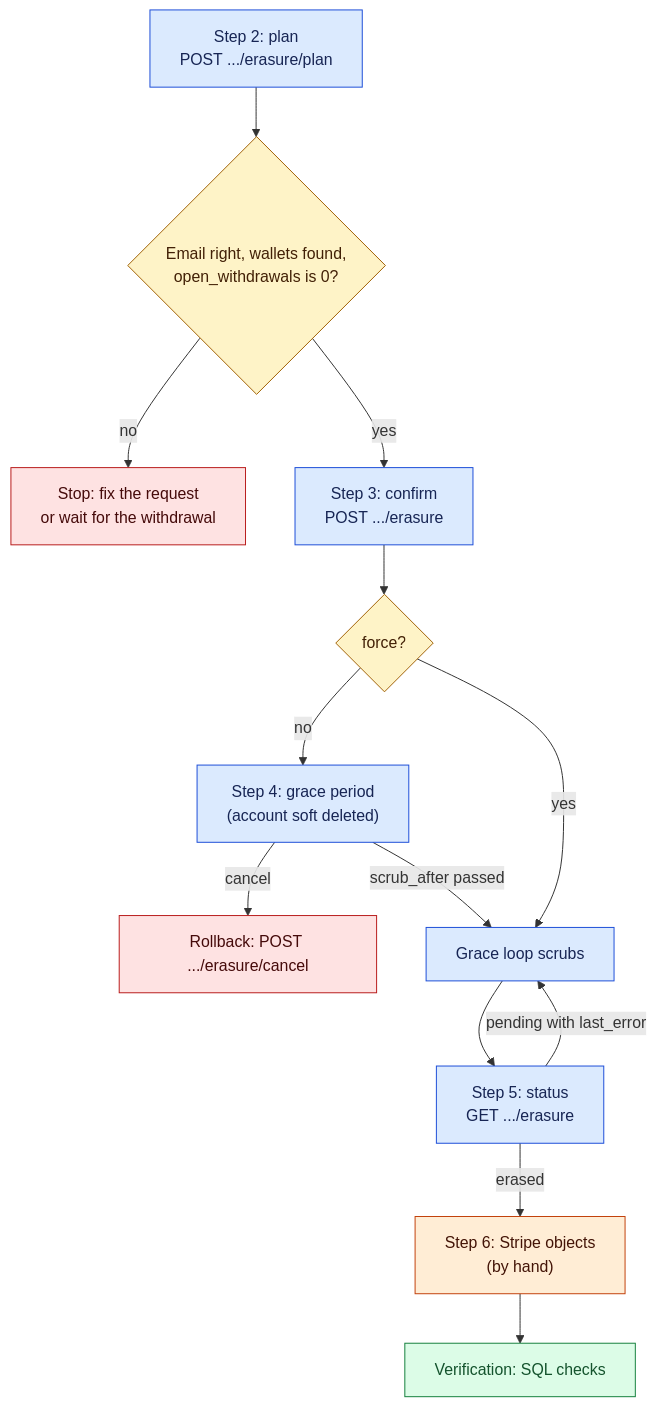
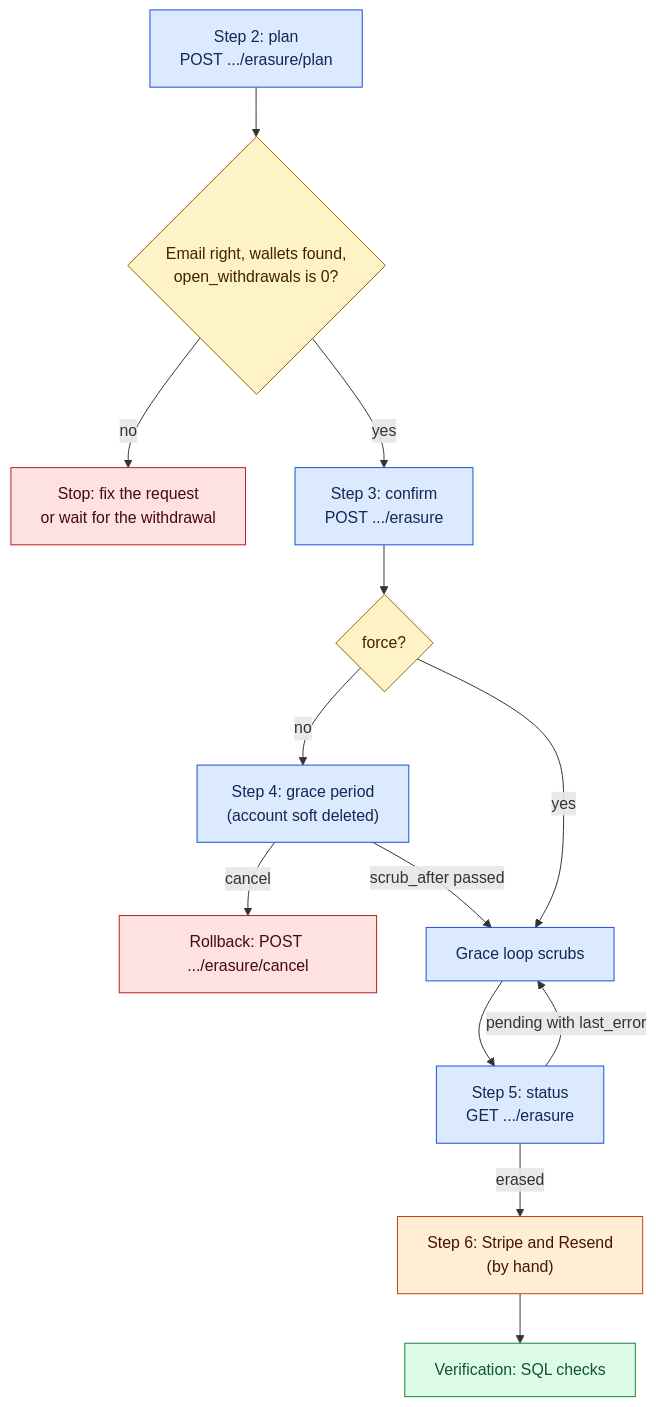
Before and after one commit to Layr-Labs/d-inference: the diagram in docs/operations/account-erasure.md, drawn with Mermaid. The commit also changed other lines of this file and 23 other files, not shown here.

Commit message:
fix(erasure): retain Resend cleanup and refuse erased referral rewards

````diff
--- a/docs/operations/account-erasure.md
+++ b/docs/operations/account-erasure.md
@@ -24,21 +24,21 @@
 ```mermaid
 flowchart TD
   classDef step fill:#dbeafe,stroke:#1d4ed8,color:#172554
   classDef gate fill:#fef3c7,stroke:#a16207,color:#422006
   classDef done fill:#dcfce7,stroke:#15803d,color:#14532d
   classDef stop fill:#fee2e2,stroke:#b91c1c,color:#450a0a
   classDef ext fill:#ffedd5,stroke:#c2410c,color:#431407
 
   P["Step 2: plan<br/>POST .../erasure/plan"]:::step --> Q{"Email right, wallets found,<br/>open_withdrawals is 0?"}:::gate
   Q -- "no" --> S["Stop: fix the request<br/>or wait for the withdrawal"]:::stop
   Q -- "yes" --> C["Step 3: confirm<br/>POST .../erasure"]:::step
   C --> F{"force?"}:::gate
   F -- "no" --> G["Step 4: grace period<br/>(account soft deleted)"]:::step
   G -- "cancel" --> R["Rollback: POST .../erasure/cancel"]:::stop
   G -- "scrub_after passed" --> L["Grace loop scrubs"]:::step
   F -- "yes" --> L
   L --> T["Step 5: status<br/>GET .../erasure"]:::step
   T -- "pending with last_error" --> L
-  T -- "erased" --> X["Step 6: Stripe objects<br/>(by hand)"]:::ext
+  T -- "erased" --> X["Step 6: Stripe and Resend<br/>(by hand)"]:::ext
   X --> V["Verification: SQL checks"]:::done
 ```
````
